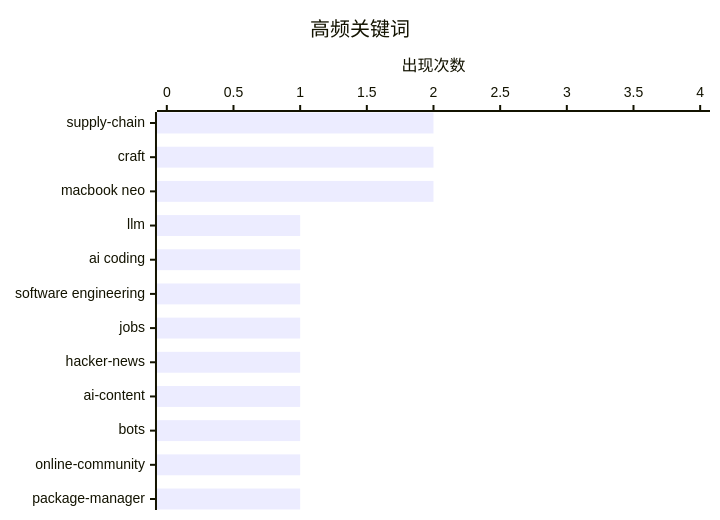
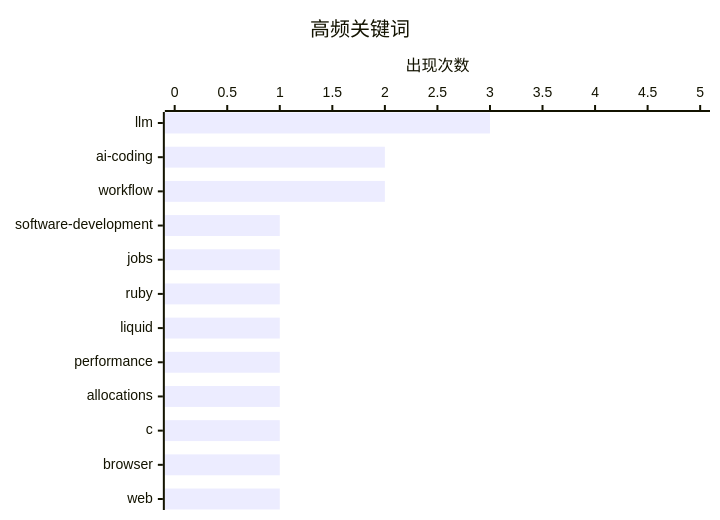
One commit to originem0/SZBlog changed the second of 2 diagrams in content/ai-daily/2026-03-13.md. Above: the diagram before and after it, drawn with Mermaid. The commit also changed other lines of this file, not shown here.

````diff
--- a/content/ai-daily/2026-03-13.md
+++ b/content/ai-daily/2026-03-13.md
@@ -65,7 +71,7 @@
 ```mermaid
 xychart-beta horizontal
     title "高频关键词"
-    x-axis ["supply-chain", "craft", "macbook neo", "llm", "ai coding", "software engineering", "jobs", "hacker-news", "ai-content", "bots", "online-community", "package-manager"]
-    y-axis "出现次数" 0 --> 4
-    bar [2, 2, 2, 1, 1, 1, 1, 1, 1, 1, 1, 1]
+    x-axis ["llm", "ai-coding", "workflow", "software-development", "jobs", "ruby", "liquid", "performance", "allocations", "c", "browser", "web"]
+    y-axis "出现次数" 0 --> 5
+    bar [3, 2, 2, 1, 1, 1, 1, 1, 1, 1, 1, 1]
 ```
````
